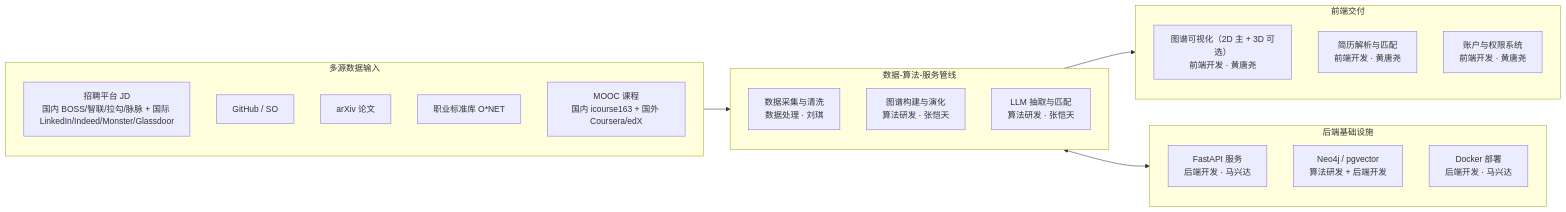
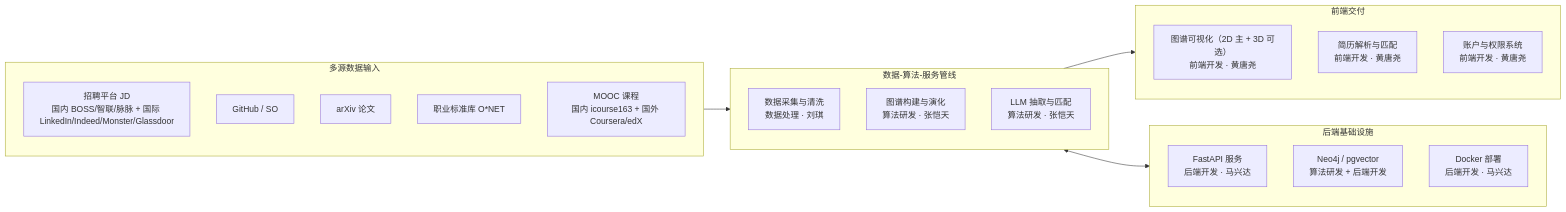
One commit to Sanksu/zhigang-compass changed the first of 3 diagrams in docs/design/设计文档.md. Above: the diagram before and after it, drawn with Mermaid. The commit also changed other lines of this file and 18 other files, not shown here.

````diff
--- a/docs/design/设计文档.md
+++ b/docs/design/设计文档.md
@@ -36,31 +36,31 @@
 ```mermaid
 flowchart LR
     subgraph Input ["多源数据输入"]
-        A1["招聘平台 JD<br/>国内 BOSS/智联/拉勾/脉脉 + 国际 LinkedIn/Indeed/Monster/Glassdoor"]
+        A1["招聘平台 JD<br/>国内 BOSS/智联/脉脉 + 国际 LinkedIn/Indeed/Monster/Glassdoor"]
         A2["GitHub / SO"]
         A3["arXiv 论文"]
         A4["职业标准库 O*NET"]
         A5["MOOC 课程<br/>国内 icourse163 + 国外 Coursera/edX"]
     end
 
     subgraph Pipeline ["数据-算法-服务管线"]
         B1["数据采集与清洗<br/>数据处理 · 刘琪"]
         B2["图谱构建与演化<br/>算法研发 · 张恺天"]
         B3["LLM 抽取与匹配<br/>算法研发 · 张恺天"]
     end
 
     subgraph Output ["前端交付"]
         C1["图谱可视化（2D 主 + 3D 可选）<br/>前端开发 · 黄唐尧"]
         C2["简历解析与匹配<br/>前端开发 · 黄唐尧"]
         C3["账户与权限系统<br/>前端开发 · 黄唐尧"]
     end
 
     subgraph Infra ["后端基础设施"]
         D1["FastAPI 服务<br/>后端开发 · 马兴达"]
         D2["Neo4j / pgvector<br/>算法研发 + 后端开发"]
         D3["Docker 部署<br/>后端开发 · 马兴达"]
     end
 
     Input --> Pipeline --> Output
     Pipeline <--> Infra
 ```
````
